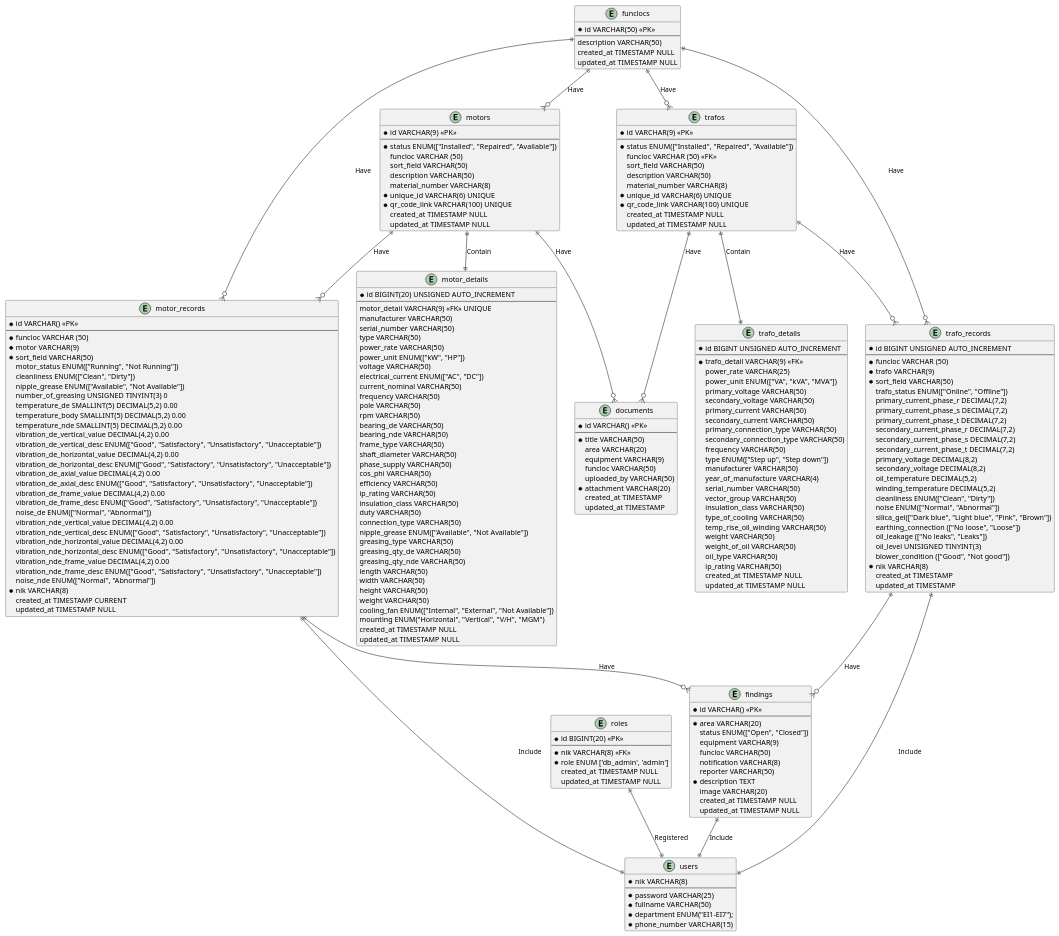
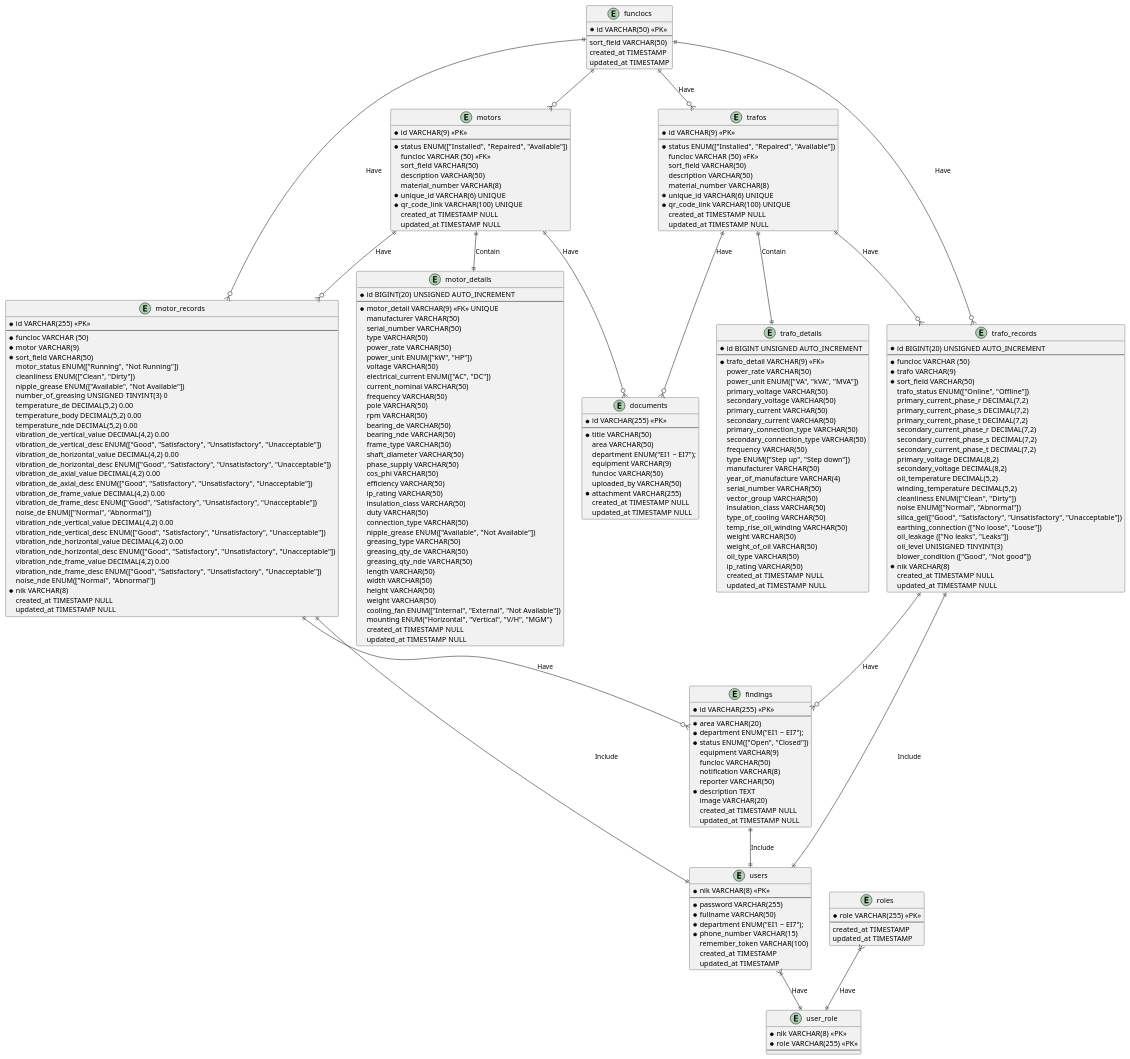
The diagram in docs/fajar_e_maintenance.puml (doniduaasattuu/fajar-e-maintenance), drawn with PlantUML before and after one commit. The commit also changed 248 other files, not shown here.

Commit message:
refactor: user auth and feature dark mode

```diff
--- a/docs/fajar_e_maintenance.puml
+++ b/docs/fajar_e_maintenance.puml
@@ -1,12 +1,37 @@
 @startuml fajar_e_maintenance
+
+entity users {
+  * nik VARCHAR(8) <<PK>>
+  --
+  * password VARCHAR(255)
+  * fullname VARCHAR(50)
+  * department ENUM("EI1 ~ EI7");
+  * phone_number VARCHAR(15)
+    remember_token VARCHAR(100)
+    created_at TIMESTAMP
+    updated_at TIMESTAMP
+}
+
+entity user_role {
+  * nik VARCHAR(8) <<PK>>
+  * role VARCHAR(255) <<PK>>
+  --
+}
+
+entity roles {
+  * role VARCHAR(255) <<PK>>
+  --
+    created_at TIMESTAMP
+    updated_at TIMESTAMP
+}
 
 entity funclocs
 {
   * id VARCHAR(50) <<PK>>
   --
-    description VARCHAR(50)
-    created_at TIMESTAMP NULL
-    updated_at TIMESTAMP NULL
+    sort_field VARCHAR(50)
+    created_at TIMESTAMP
+    updated_at TIMESTAMP
 }
 
 entity motors
@@ -14,7 +39,7 @@
   * id VARCHAR(9) <<PK>>
   --
   * status ENUM(["Installed", "Repaired", "Available"])
-    funcloc VARCHAR (50)
+    funcloc VARCHAR (50) <<FK>>
     sort_field VARCHAR(50)
     description VARCHAR(50)
     material_number VARCHAR(8)
@@ -27,7 +52,7 @@
 entity motor_details {
   * id BIGINT(20) UNSIGNED AUTO_INCREMENT
   --
-    motor_detail VARCHAR(9) <<FK>> UNIQUE
+  * motor_detail VARCHAR(9) <<FK>> UNIQUE
     manufacturer VARCHAR(50)
     serial_number VARCHAR(50)
     type VARCHAR(50)
@@ -65,7 +90,7 @@
 }
 
 entity motor_records {
-  * id VARCHAR() <<PK>>
+  * id VARCHAR(255) <<PK>>
   --
   * funcloc VARCHAR (50)
   * motor VARCHAR(9)
@@ -74,9 +99,9 @@
     cleanliness ENUM(["Clean", "Dirty"])
     nipple_grease ENUM(["Available", "Not Available"])
     number_of_greasing UNSIGNED TINYINT(3) 0
-    temperature_de SMALLINT(5) DECIMAL(5,2) 0.00
-    temperature_body SMALLINT(5) DECIMAL(5,2) 0.00
-    temperature_nde SMALLINT(5) DECIMAL(5,2) 0.00    
+    temperature_de DECIMAL(5,2) 0.00
+    temperature_body DECIMAL(5,2) 0.00
+    temperature_nde DECIMAL(5,2) 0.00    
     vibration_de_vertical_value DECIMAL(4,2) 0.00
     vibration_de_vertical_desc ENUM(["Good", "Satisfactory", "Unsatisfactory", "Unacceptable"]) 
     vibration_de_horizontal_value DECIMAL(4,2) 0.00
@@ -94,39 +119,6 @@
     vibration_nde_frame_desc ENUM(["Good", "Satisfactory", "Unsatisfactory", "Unacceptable"])   
     noise_nde ENUM(["Normal", "Abnormal"])
   * nik VARCHAR(8)
-    created_at TIMESTAMP CURRENT
-    updated_at TIMESTAMP NULL
-}
-
-entity users {
-  * nik VARCHAR(8)
-  --
-  * password VARCHAR(25)
-  * fullname VARCHAR(50)
-  * department ENUM("EI1-EI7");
-  * phone_number VARCHAR(15)
-}
-
-entity roles {
-  * id BIGINT(20) <<PK>>
-  --
-  * nik VARCHAR(8) <<FK>>
-  * role ENUM ['db_admin', 'admin']
-    created_at TIMESTAMP NULL
-    updated_at TIMESTAMP NULL
-}
-
-entity findings {
-  * id VARCHAR() <<PK>>
-  --
-  * area VARCHAR(20)
-    status ENUM(["Open", "Closed"])
-    equipment VARCHAR(9)
-    funcloc VARCHAR(50)
-    notification VARCHAR(8)
-    reporter VARCHAR(50)
-  * description TEXT
-    image VARCHAR(20)
     created_at TIMESTAMP NULL
     updated_at TIMESTAMP NULL
 }
@@ -149,7 +141,7 @@
   * id BIGINT UNSIGNED AUTO_INCREMENT
   --
   * trafo_detail VARCHAR(9) <<FK>>
-    power_rate VARCHAR(25)
+    power_rate VARCHAR(50)
     power_unit ENUM(["VA", "kVA", "MVA"])
     primary_voltage VARCHAR(50)
     secondary_voltage VARCHAR(50)  
@@ -175,7 +167,7 @@
 }
 
 entity trafo_records {
-  * id BIGINT UNSIGNED AUTO_INCREMENT
+  * id BIGINT(20) UNSIGNED AUTO_INCREMENT
   --
   * funcloc VARCHAR (50)
   * trafo VARCHAR(9)
@@ -193,35 +185,54 @@
     winding_temperature DECIMAL(5,2) 
     cleanliness ENUM(["Clean", "Dirty"])
     noise ENUM(["Normal", "Abnormal"])
-    silica_gel(["Dark blue", "Light blue", "Pink", "Brown"])
+    silica_gel(["Good", "Satisfactory", "Unsatisfactory", "Unacceptable"])
     earthing_connection (["No loose", "Loose"])
     oil_leakage (["No leaks", "Leaks"])
     oil_level UNISIGNED TINYINT(3)
     blower_condition (["Good", "Not good"])
   * nik VARCHAR(8)
-    created_at TIMESTAMP
-    updated_at TIMESTAMP
+    created_at TIMESTAMP NULL
+    updated_at TIMESTAMP NULL
+}
+
+entity findings {
+  * id VARCHAR(255) <<PK>>
+  --
+  * area VARCHAR(20)
+  * department ENUM("EI1 ~ EI7");
+  * status ENUM(["Open", "Closed"])
+    equipment VARCHAR(9)
+    funcloc VARCHAR(50)
+    notification VARCHAR(8)
+    reporter VARCHAR(50)  
+  * description TEXT
+    image VARCHAR(20)
+    created_at TIMESTAMP NULL
+    updated_at TIMESTAMP NULL
 }
 
 entity documents {
-  * id VARCHAR() <<PK>>
+  * id VARCHAR(255) <<PK>>
   --
   * title VARCHAR(50)
-    area VARCHAR(20)
+    area VARCHAR(50)
+    department ENUM("EI1 ~ EI7");
     equipment VARCHAR(9)
     funcloc VARCHAR(50)
     uploaded_by VARCHAR(50)
-  * attachment VARCHAR(20)
-    created_at TIMESTAMP
-    updated_at TIMESTAMP
+  * attachment VARCHAR(255)
+    created_at TIMESTAMP NULL
+    updated_at TIMESTAMP NULL
 }
  
-funclocs ||--o{ motors : Have
+users }|--|| user_role : Have
+roles }|--|| user_role : Have
+
+funclocs ||--o{ motors
 funclocs ||--o{ motor_records : Have
 motors ||--o{ motor_records : Have
 motors ||--|| motor_details : Contain
 motor_records ||--|| users : Include
-roles ||--|| users : Registered
 
 funclocs ||--o{ trafos : Have
 funclocs ||--o{ trafo_records : Have
```
